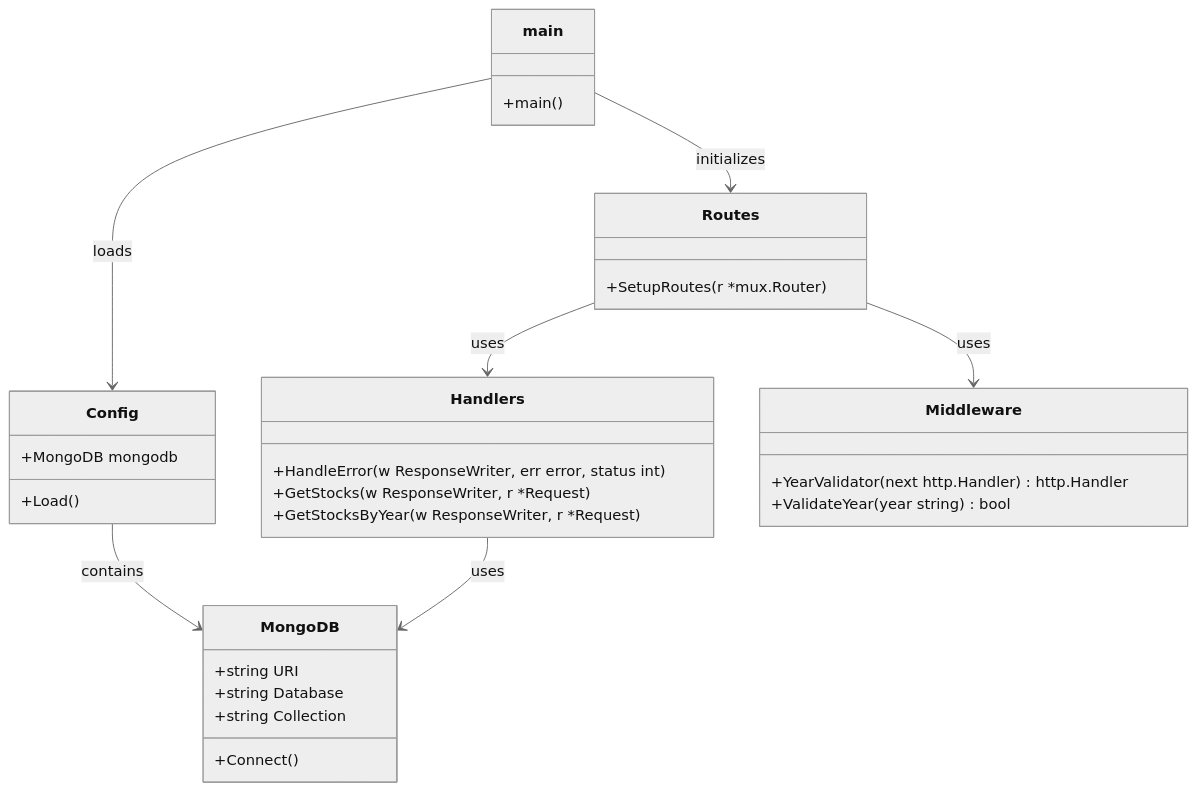
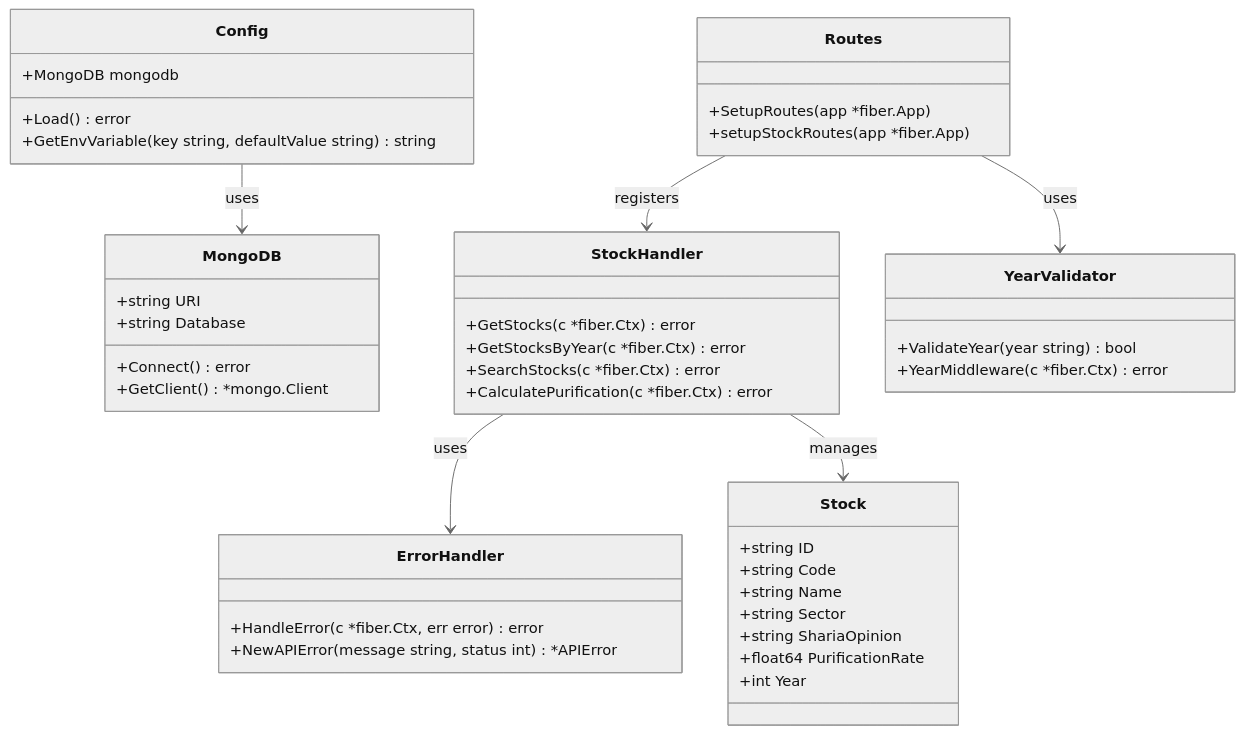
Before and after one commit to anqorithm/naqa-api: the first of 2 diagrams in README.md, drawn with Mermaid (neutral theme). The commit also changed other lines of this file, not shown here.

Commit message:
docs(README.md): update class diagram to reflect actual project structure and add request flow diagram for better understanding of the application flow

````diff
--- a/README.md
+++ b/README.md
@@ -366,40 +366,56 @@
 ```mermaid
 classDiagram
+    %% Core Classes based on actual project structure
     class Config {
         +MongoDB mongodb
-        +Load()
+        +Load() error
+        +GetEnvVariable(key string, defaultValue string) string
     }
 
     class MongoDB {
         +string URI
         +string Database
-        +string Collection
-        +Connect()
+        +Connect() error
+        +GetClient() *mongo.Client
     }
 
-    class Handlers {
-        +HandleError(w ResponseWriter, err error, status int)
-        +GetStocks(w ResponseWriter, r *Request)
-        +GetStocksByYear(w ResponseWriter, r *Request)
+    class Stock {
+        +string ID
+        +string Code
+        +string Name
+        +string Sector
+        +string ShariaOpinion
+        +float64 PurificationRate
+        +int Year
     }
 
-    class Middleware {
-        +YearValidator(next http.Handler) http.Handler
+    class StockHandler {
+        +GetStocks(c *fiber.Ctx) error
+        +GetStocksByYear(c *fiber.Ctx) error
+        +SearchStocks(c *fiber.Ctx) error
+        +CalculatePurification(c *fiber.Ctx) error
+    }
+
+    class ErrorHandler {
+        +HandleError(c *fiber.Ctx, err error) error
+        +NewAPIError(message string, status int) *APIError
+    }
+
+    class YearValidator {
         +ValidateYear(year string) bool
+        +YearMiddleware(c *fiber.Ctx) error
     }
 
     class Routes {
-        +SetupRoutes(r *mux.Router)
+        +SetupRoutes(app *fiber.App)
+        +setupStockRoutes(app *fiber.App)
     }
 
-    class main {
-        +main()
-    }
+    %% Relationships
+    Config --> MongoDB : uses
+    Routes --> StockHandler : registers
+    Routes --> YearValidator : uses
+    StockHandler --> ErrorHandler : uses
+    StockHandler --> Stock : manages
 
-    Config --> MongoDB : contains
-    Routes --> Handlers : uses
-    Routes --> Middleware : uses
-    main --> Routes : initializes
-    main --> Config : loads
-    Handlers --> MongoDB : uses
 ```
````
